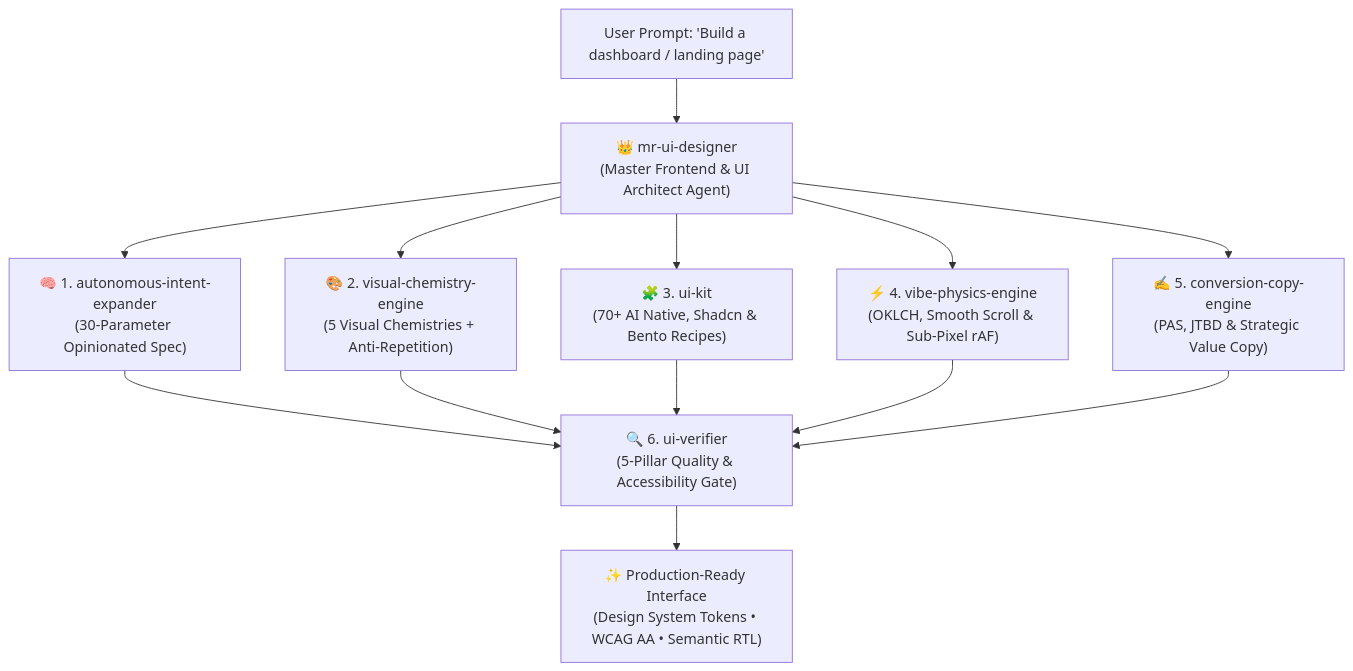
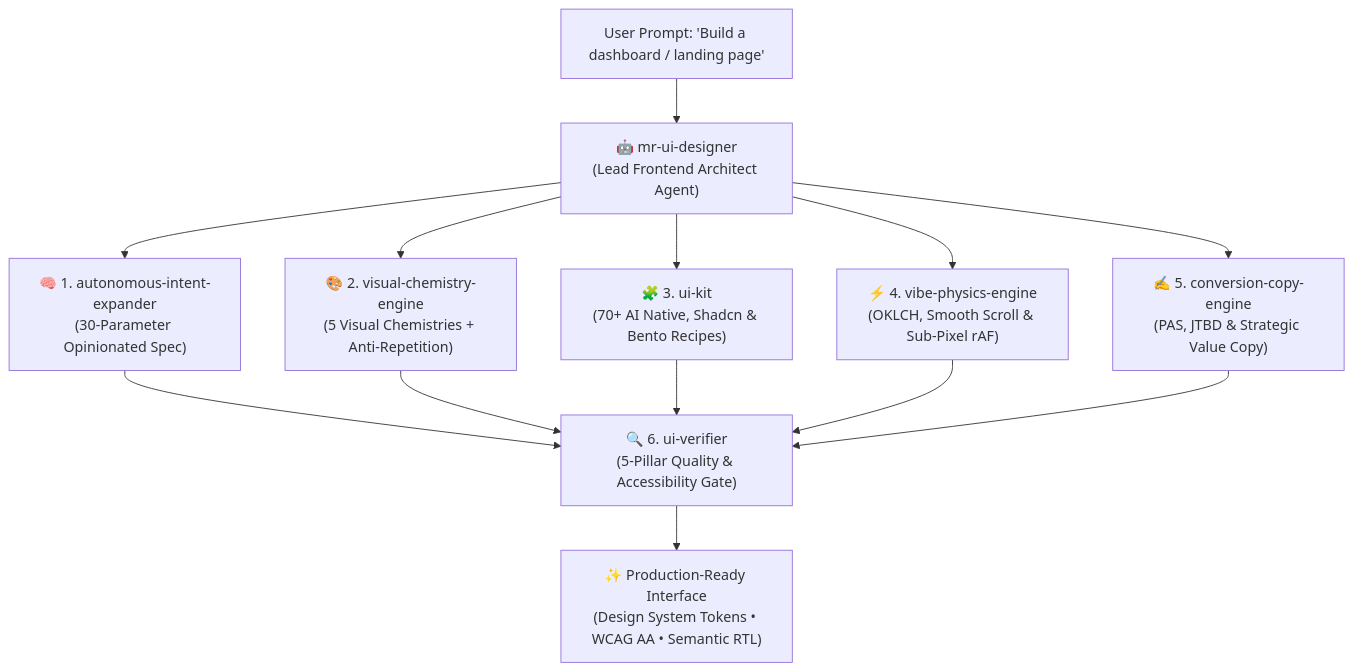
Before and after one commit to omid-io/vibe-ui-skills: the diagram in README.md, drawn with Mermaid. The commit also changed other lines of this file and 9 other files, not shown here.

````diff
--- a/README.md
+++ b/README.md
@@ -54,11 +52,11 @@
 ```mermaid
 flowchart TD
-    UserPrompt["User Prompt: 'Build a dashboard / landing page'"] --> MasterAgent["👑 mr-ui-designer\n(Master Frontend & UI Architect Agent)"]
+    UserPrompt["User Prompt: 'Build a dashboard / landing page'"] --> MasterAgent["🤖 mr-ui-designer\n(Lead Frontend Architect Agent)"]
     MasterAgent --> Expander["🧠 1. autonomous-intent-expander\n(30-Parameter Opinionated Spec)"]
     MasterAgent --> VisualEngine["🎨 2. visual-chemistry-engine\n(5 Visual Chemistries + Anti-Repetition)"]
     MasterAgent --> UIComponents["🧩 3. ui-kit\n(70+ AI Native, Shadcn & Bento Recipes)"]
     MasterAgent --> Physics["⚡ 4. vibe-physics-engine\n(OKLCH, Smooth Scroll & Sub-Pixel rAF)"]
     MasterAgent --> Copy["✍️ 5. conversion-copy-engine\n(PAS, JTBD & Strategic Value Copy)"]
     Expander & VisualEngine & UIComponents & Physics & Copy --> Verifier["🔍 6. ui-verifier\n(5-Pillar Quality & Accessibility Gate)"]
-    Verifier --> Masterpiece["✨ Production-Ready Interface\n(Design System Tokens • WCAG AA • Semantic RTL)"]
+    Verifier --> Output["✨ Production-Ready Interface\n(Design System Tokens • WCAG AA • Semantic RTL)"]
 ```
````
